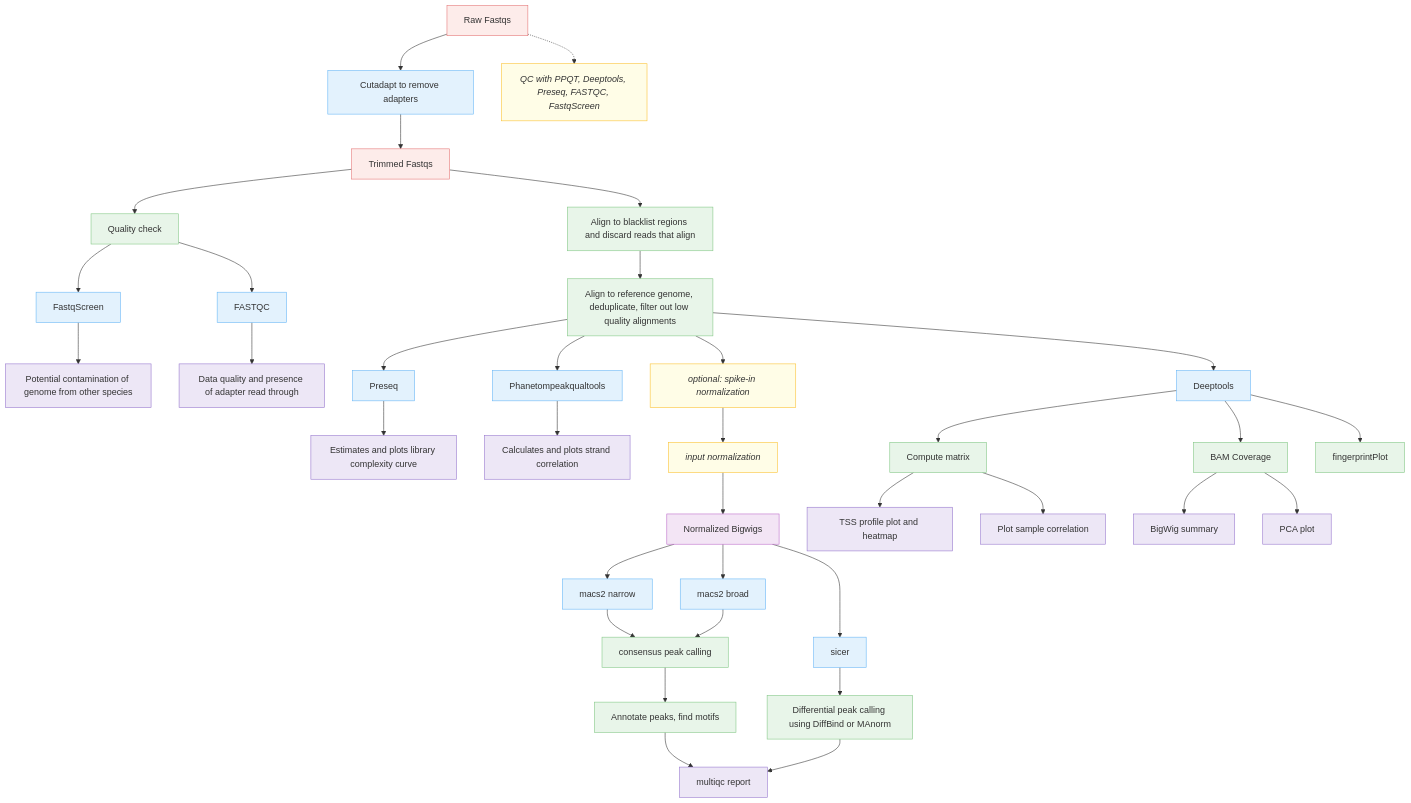
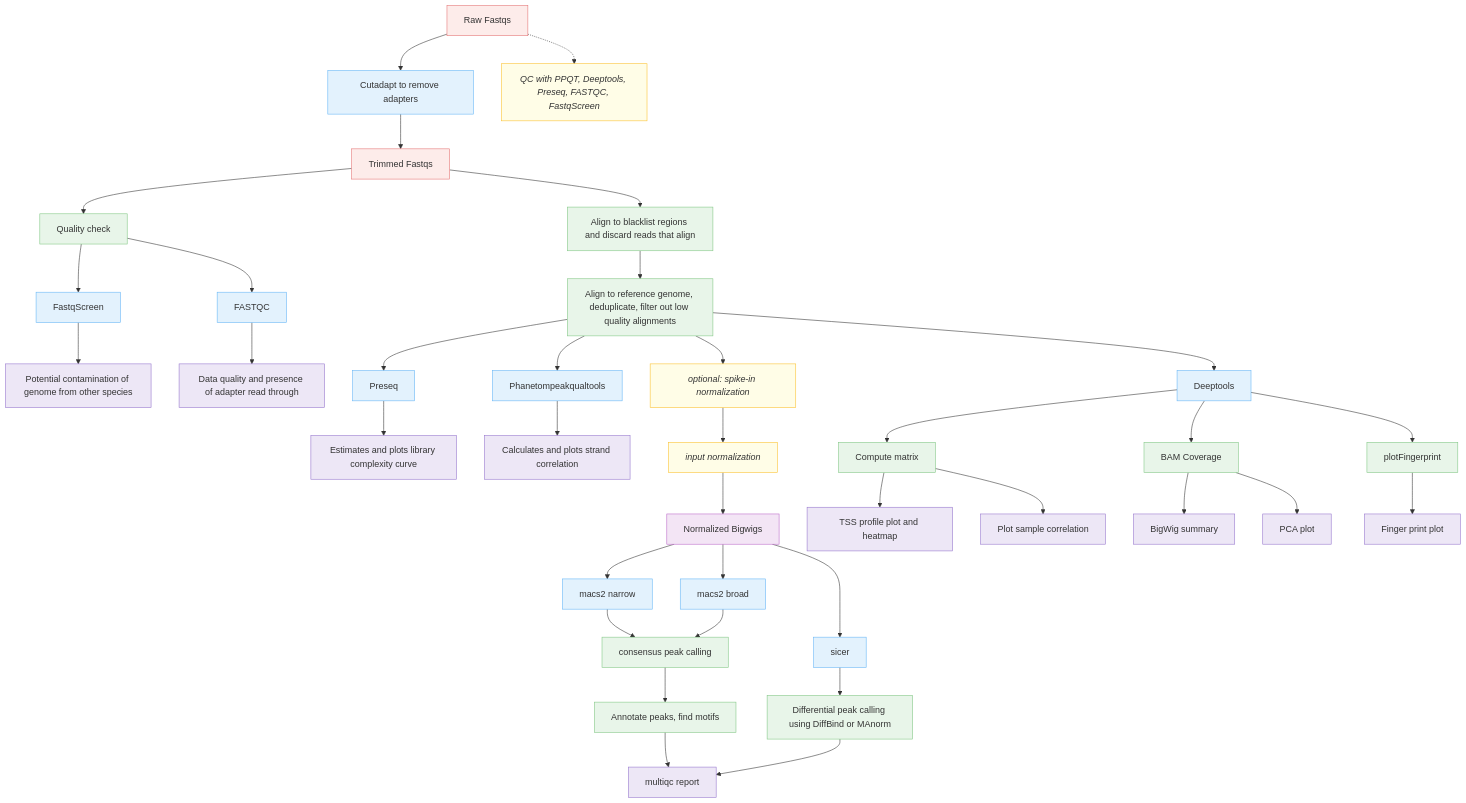
One commit to CCBR/CHAMPAGNE changed the first of 2 diagrams in docs/diagram/index.md. Above: the diagram before and after it, drawn with Mermaid.

Commit message:
Updated Deeptools finger print plot section.

````diff
--- a/docs/diagram/index.md
+++ b/docs/diagram/index.md
@@ -3,72 +3,73 @@
 ```mermaid
 
 flowchart TB
 
   %% Input
   %%Raw["Raw Fastqs"]:::input -->|Adapter trimming| Trimmed["Trimmed Fastqs"]:::input
   Raw["Raw Fastqs"]:::input --> Cleanup["Cutadapt to remove adapters"]:::tool
   Cleanup --> Trimmed["Trimmed Fastqs"]:::input
   %%Adapter trimming --> Trimmed["Trimmed Fastqs"]:::input
   Raw -.-> QCnote["QC with PPQT, Deeptools, Preseq, FASTQC, FastqScreen"]:::note
   %%Trimmed --> Cutadapt["cutadapt"]:::process
   %%Cutadapt --> Trimmed
 
   %% Quality Control
   Trimmed --> QC["Quality check"]:::process
   QC --> FastqScreen["FastqScreen"]:::tool
   FastqScreen --> Contaminants["Potential contamination of genome from other species"]:::output
   QC --> FASTQC["FASTQC"]:::tool
   FASTQC --> QC_results["Data quality and presence of adapter read through"]:::output
   %%QC --> Phantom["Phantompeakqualtools"]:::tool
   %%QC --> Deeptools["Deeptools"]:::tool
 
   %% Blacklist filtering
   Trimmed --> Blacklist["Align to blacklist regions and discard reads that align"]:::process
 
   %% Preseq and alignment
   %%Align["Align to reference genome, deduplicate, filter out low quality alignments"]:::process --> Preseq["Preseq"]:::tool
   Blacklist --> Align["Align to reference genome, deduplicate, filter out low quality alignments"]:::process
   Align --> Preseq["Preseq"]:::tool
   Preseq --> Cc["Estimates and plots library complexity curve"]:::output
 
   %% Phantompeakqualtools and alignment
   Align --> Ppqt["Phanetompeakqualtools"]:::tool
   Ppqt --> Scc["Calculates and plots strand correlation"]:::output
 
   %% Spike-in normalization (optional)
   Align --> Spike["optional: spike-in normalization"]:::note
   Spike --> InputNorm["input normalization"]:::note
   InputNorm --> NormBigwigs["Normalized Bigwigs"]:::data
 
   %% Deeptools steps
   Align --> Deeptools2["Deeptools"]:::tool
   Deeptools2 --> Matrix["Compute matrix"]:::process
   Deeptools2 --> BAMcov["BAM Coverage"]:::process
-  Deeptools2 --> Fingerprint["fingerprintPlot"]:::process
+  Deeptools2 --> Fingerprint["plotFingerprint"]:::process
+  Fingerprint --> Fingerprintplot["Finger print plot"]:::output
 
   Matrix --> Heatmap["TSS profile plot and heatmap"]:::output
   BAMcov --> Bigwig["BigWig summary"]:::output
   BAMcov --> PCA["PCA plot"]:::output
   Matrix --> Correlation["Plot sample correlation"]:::output
 
   %% Peak calling
   NormBigwigs --> MACS2narrow["macs2 narrow"]:::tool
   NormBigwigs --> MACS2broad["macs2 broad"]:::tool
   NormBigwigs --> SICER["sicer"]:::tool
 
   MACS2narrow --> Consensus["consensus peak calling"]:::process
   MACS2broad --> Consensus
   SICER --> Diffbind["Differential peak calling using DiffBind or MAnorm"]:::process
 
   Consensus --> Annotate["Annotate peaks, find motifs"]:::process
   Annotate --> MultiQC["multiqc report"]:::output
   Diffbind --> MultiQC
 
   %% Styles
   classDef input fill:#fdecea,stroke:#e57373,stroke-width:1px;
   classDef process fill:#e8f5e9,stroke:#81c784,stroke-width:1px;
   classDef tool fill:#e3f2fd,stroke:#64b5f6,stroke-width:1px;
   classDef note fill:#fffde7,stroke:#fbc02d,stroke-width:1px,font-style:italic;
   classDef output fill:#ede7f6,stroke:#9575cd,stroke-width:1px;
   classDef data fill:#f3e5f5,stroke:#ba68c8,stroke-width:1px;
 ```
````
